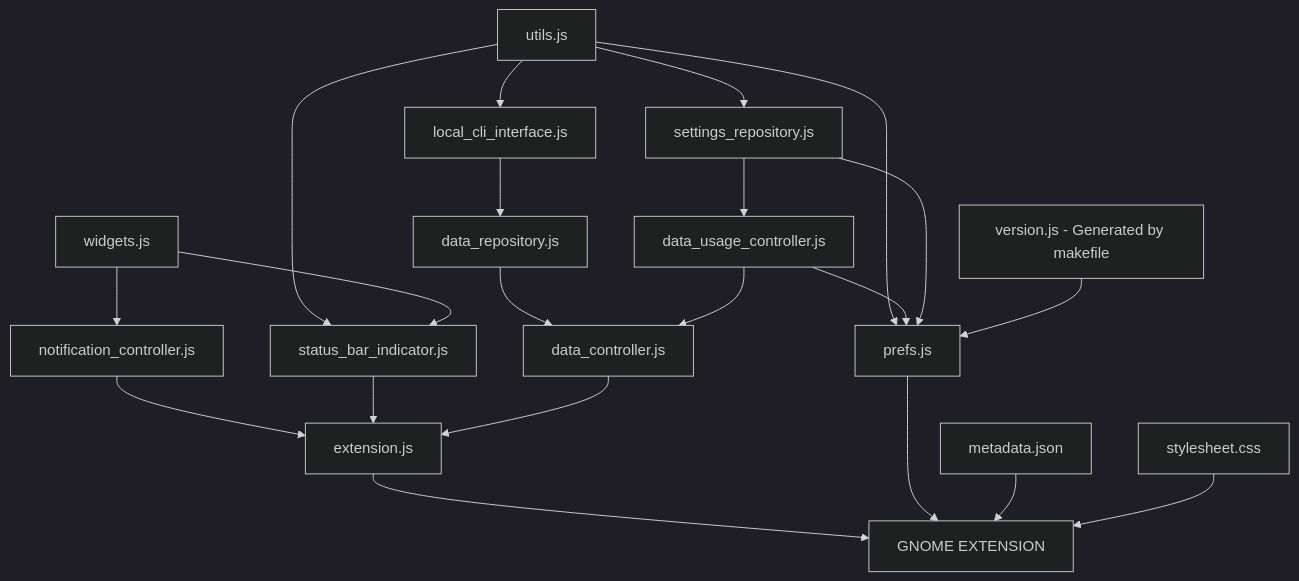
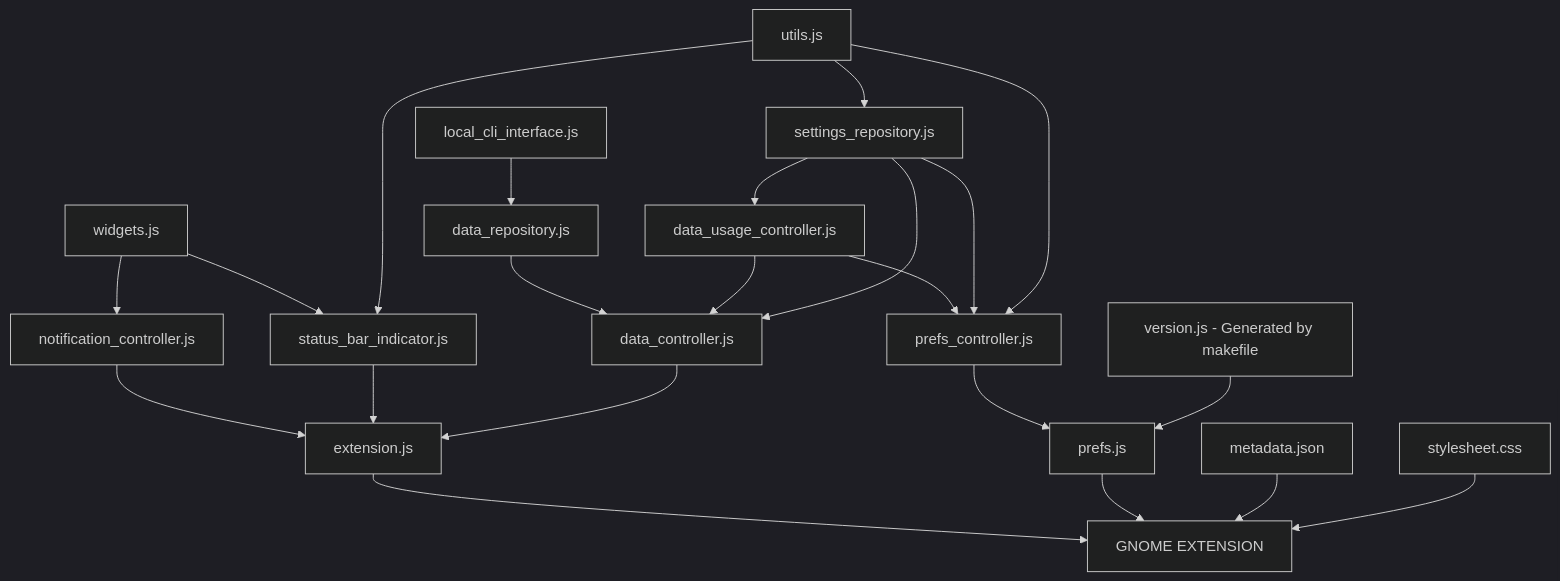
The diagram in README.md (arononak/github-actions-gnome-extension), drawn with Mermaid (dark theme) before and after one commit. The commit also changed 5 other files, not shown here.

Commit message:
Added PrefsController & refactor

````diff
--- a/README.md
+++ b/README.md
@@ -47,25 +47,26 @@
 ```mermaid
 graph TD;
     local_cli_interface.js-->data_repository.js;
-    data_repository.js-->data_controller.js
-    utils.js-->local_cli_interface.js;
+    data_repository.js-->data_controller.js;
+    widgets.js-->status_bar_indicator.js;
+    widgets.js-->notification_controller.js;
     notification_controller.js-->extension.js;
-    utils.js-->settings_repository.js;
-    utils.js-->prefs.js;
-    utils.js-->status_bar_indicator.js;
     status_bar_indicator.js-->extension.js;
-    data_usage_controller.js-->prefs.js;
     data_usage_controller.js-->data_controller.js;
     data_controller.js-->extension.js;
-    settings_repository.js-->prefs.js;
-    widgets.js-->notification_controller.js;
-    widgets.js-->status_bar_indicator.js;
     settings_repository.js-->data_usage_controller.js;
+    utils.js-->status_bar_indicator.js;
+    utils.js-->settings_repository.js;
+    data_usage_controller.js-->prefs_controller.js;
+    settings_repository.js-->prefs_controller.js;
+    settings_repository.js-->data_controller.js;
+    utils.js-->prefs_controller.js;
+    prefs_controller.js-->prefs.js
 
     version.js[version.js - Generated by makefile]-->prefs.js;
 
     extension.js-->EXTENSION[GNOME EXTENSION]
     prefs.js-->EXTENSION[GNOME EXTENSION]
     metadata.json-->EXTENSION[GNOME EXTENSION]
     stylesheet.css-->EXTENSION[GNOME EXTENSION]
 ```
````
